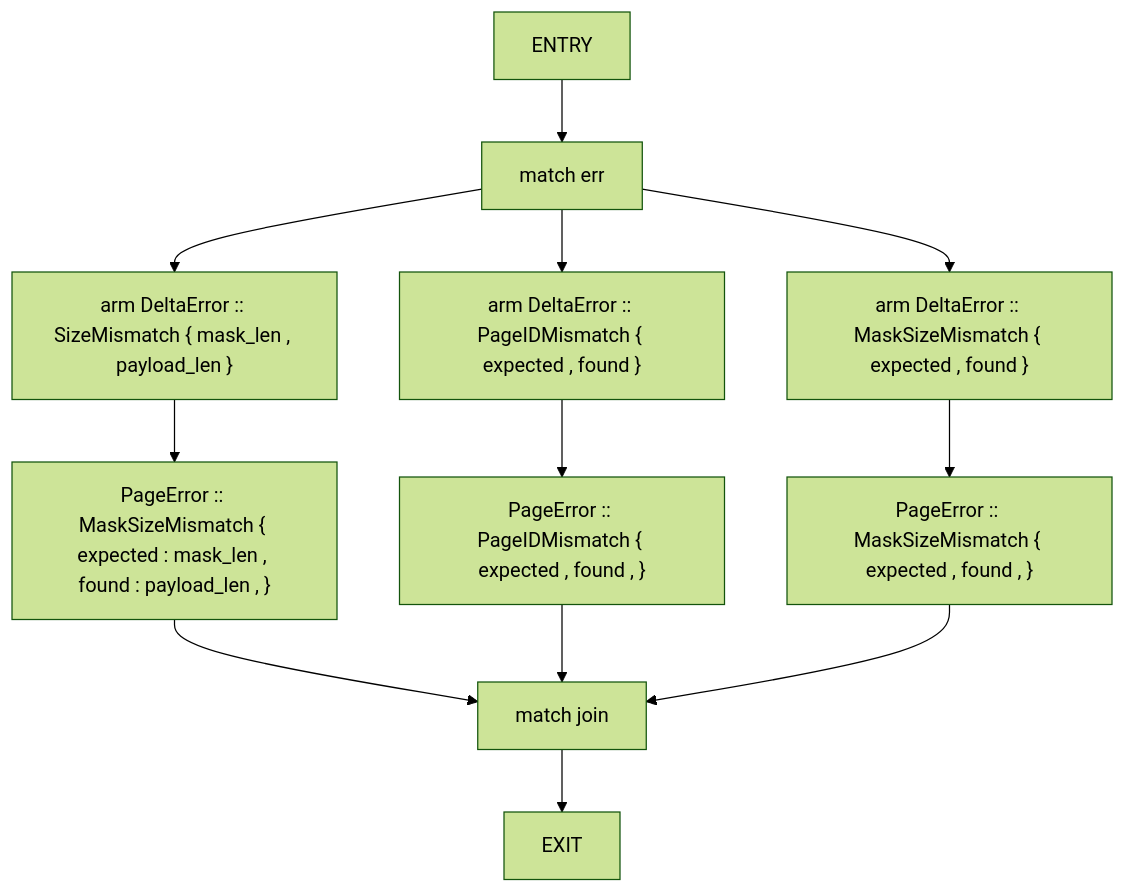
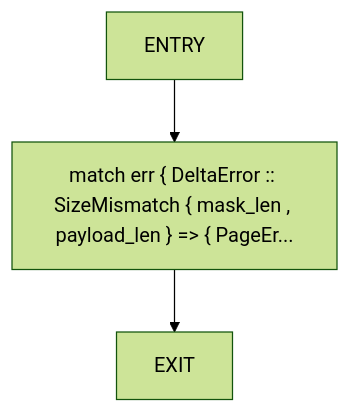
Before and after one commit to cicero-violate/MMSB: the fourth of 20 diagrams in docs/analysis/cfg/040-src-04_propagation.md, drawn with Mermaid (forest theme). The commit also changed other lines of this file and 865 other files, not shown here.

````diff
--- a/docs/analysis/cfg/040-src-04_propagation.md
+++ b/docs/analysis/cfg/040-src-04_propagation.md
@@ -114,24 +108,8 @@
 ```mermaid
 flowchart TD
     delta_error_to_page_0["ENTRY"]
-    delta_error_to_page_1["match err"]
-    delta_error_to_page_2["arm DeltaError :: SizeMismatch { mask_len , payload_len }"]
-    delta_error_to_page_3["PageError :: MaskSizeMismatch { expected : mask_len , found : payload_len , }"]
-    delta_error_to_page_4["arm DeltaError :: PageIDMismatch { expected , found }"]
-    delta_error_to_page_5["PageError :: PageIDMismatch { expected , found , }"]
-    delta_error_to_page_6["arm DeltaError :: MaskSizeMismatch { expected , found }"]
-    delta_error_to_page_7["PageError :: MaskSizeMismatch { expected , found , }"]
-    delta_error_to_page_8["match join"]
-    delta_error_to_page_9["EXIT"]
+    delta_error_to_page_1["match err { DeltaError :: SizeMismatch { mask_len , payload_len } => { PageEr..."]
+    delta_error_to_page_2["EXIT"]
     delta_error_to_page_0 --> delta_error_to_page_1
     delta_error_to_page_1 --> delta_error_to_page_2
-    delta_error_to_page_2 --> delta_error_to_page_3
-    delta_error_to_page_1 --> delta_error_to_page_4
-    delta_error_to_page_4 --> delta_error_to_page_5
-    delta_error_to_page_1 --> delta_error_to_page_6
-    delta_error_to_page_6 --> delta_error_to_page_7
-    delta_error_to_page_3 --> delta_error_to_page_8
-    delta_error_to_page_5 --> delta_error_to_page_8
-    delta_error_to_page_7 --> delta_error_to_page_8
-    delta_error_to_page_8 --> delta_error_to_page_9
 ```
````
